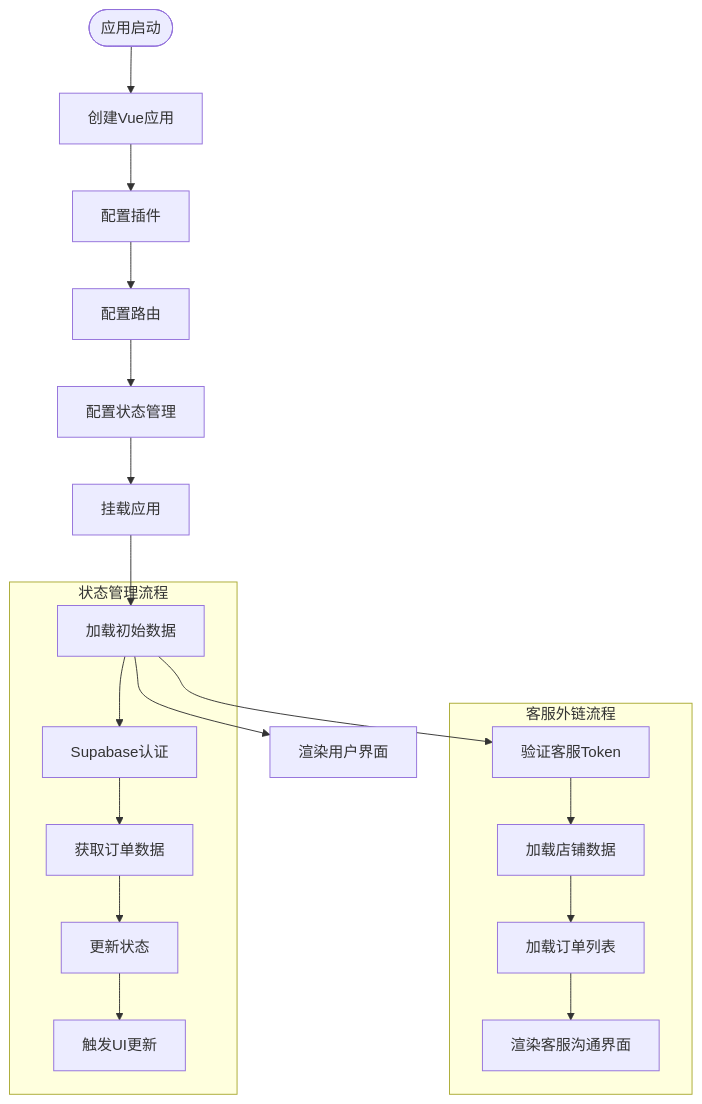
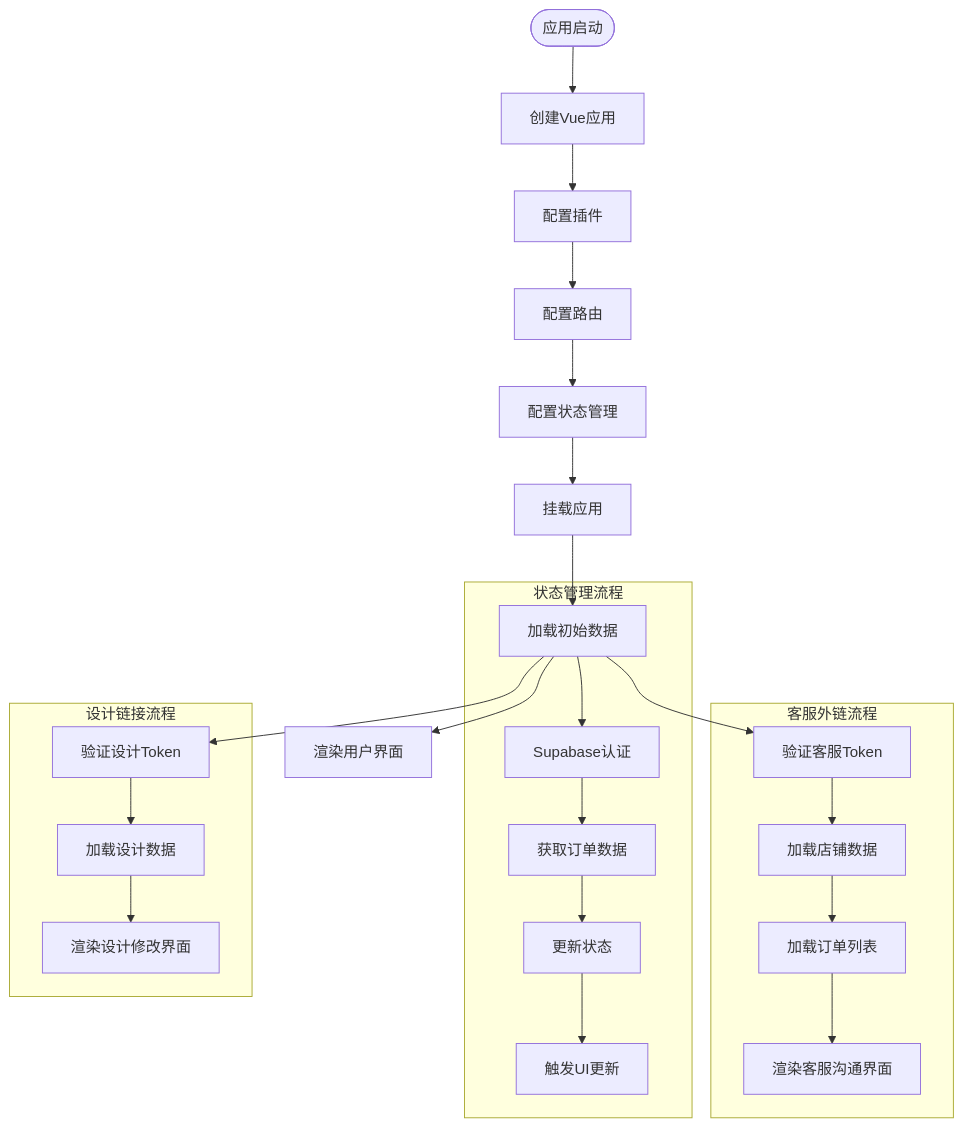
The fourth of 19 diagrams in .qoder/repowiki/zh/content/项目概述.md (SY6621/POD-Order-Management), drawn with Mermaid before and after one commit. The commit also changed other lines of this file and 8 other files, not shown here.

````diff
--- a/.qoder/repowiki/zh/content/项目概述.md
+++ b/.qoder/repowiki/zh/content/项目概述.md
@@ -240,22 +275,27 @@
 ```mermaid
 flowchart TD
 Start([应用启动]) --> CreateApp[创建Vue应用]
 CreateApp --> SetupPlugins[配置插件]
 SetupPlugins --> SetupRouter[配置路由]
 SetupRouter --> SetupStore[配置状态管理]
 SetupStore --> MountApp[挂载应用]
 MountApp --> LoadData[加载初始数据]
 LoadData --> RenderUI[渲染用户界面]
 subgraph "状态管理流程"
 LoadData --> SupabaseAuth[Supabase认证]
 SupabaseAuth --> FetchOrders[获取订单数据]
 FetchOrders --> UpdateStore[更新状态]
 UpdateStore --> TriggerRender[触发UI更新]
 end
 subgraph "客服外链流程"
 LoadData --> ValidateToken[验证客服Token]
 ValidateToken --> LoadShopData[加载店铺数据]
 LoadShopData --> LoadOrders[加载订单列表]
 LoadOrders --> RenderServiceLink[渲染客服沟通界面]
 end
+subgraph "设计链接流程"
+LoadData --> ValidateDesignToken[验证设计Token]
+ValidateDesignToken --> LoadDesignData[加载设计数据]
+LoadDesignData --> RenderDesignLink[渲染设计修改界面]
+end
 ```
````
